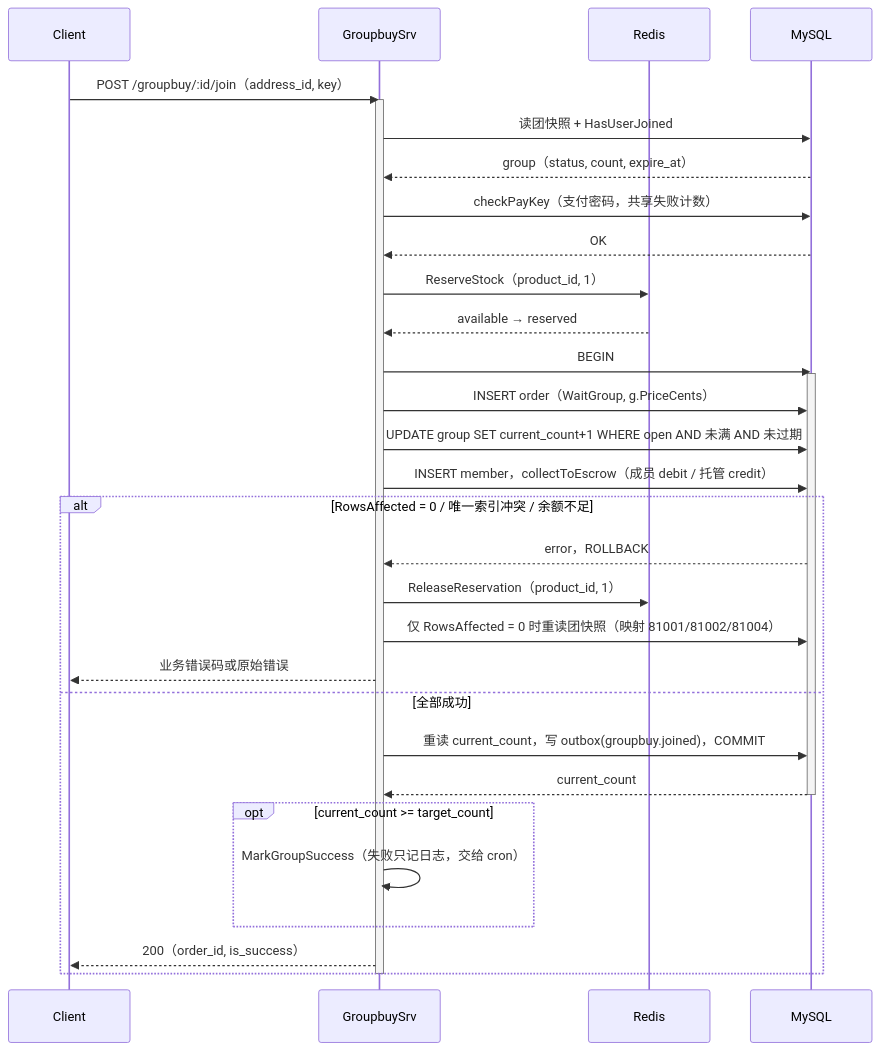
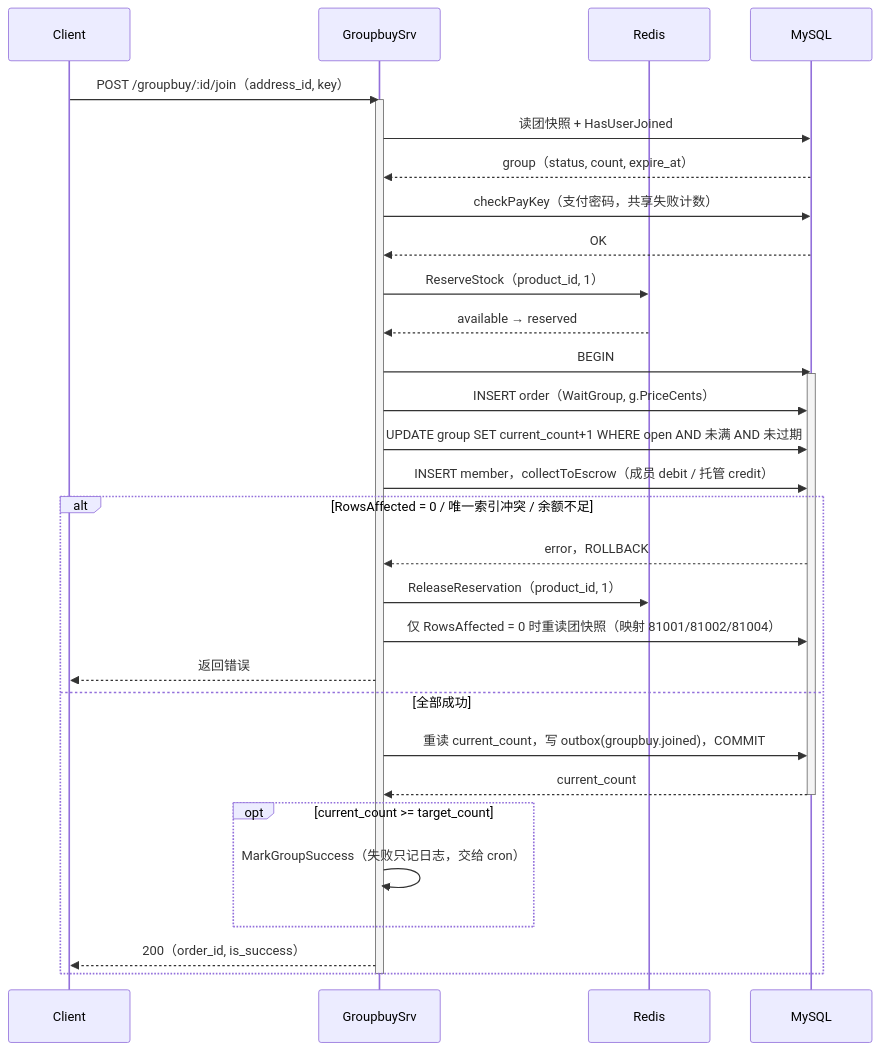
The second of 3 diagrams in docs/lecture/17-groupbuy.md (RedInn7/gomall), drawn with Mermaid before and after one commit. The commit also changed other lines of this file and 3 other files, not shown here.

````diff
--- a/docs/lecture/17-groupbuy.md
+++ b/docs/lecture/17-groupbuy.md
@@ -256,36 +263,36 @@
 ```mermaid
 sequenceDiagram
     participant Client as Client
     participant Svc as GroupbuySrv
     participant Redis as Redis
     participant DB as MySQL
 
     Client->>Svc: POST /groupbuy/:id/join（address_id, key）
     activate Svc
     Svc->>DB: 读团快照 + HasUserJoined
     DB-->>Svc: group（status, count, expire_at）
     Svc->>DB: checkPayKey（支付密码，共享失败计数）
     DB-->>Svc: OK
     Svc->>Redis: ReserveStock（product_id, 1）
     Redis-->>Svc: available → reserved
     Svc->>DB: BEGIN
     activate DB
     Svc->>DB: INSERT order（WaitGroup, g.PriceCents）
     Svc->>DB: UPDATE group SET current_count+1 WHERE open AND 未满 AND 未过期
     Svc->>DB: INSERT member，collectToEscrow（成员 debit / 托管 credit）
     alt RowsAffected = 0 / 唯一索引冲突 / 余额不足
         DB-->>Svc: error，ROLLBACK
         Svc->>Redis: ReleaseReservation（product_id, 1）
         Svc->>DB: 仅 RowsAffected = 0 时重读团快照（映射 81001/81002/81004）
-        Svc-->>Client: 业务错误码或原始错误
+        Svc-->>Client: 返回错误
     else 全部成功
         Svc->>DB: 重读 current_count，写 outbox(groupbuy.joined)，COMMIT
         DB-->>Svc: current_count
         deactivate DB
         opt current_count >= target_count
             Svc->>Svc: MarkGroupSuccess（失败只记日志，交给 cron）
         end
         Svc-->>Client: 200（order_id, is_success）
     end
     deactivate Svc
 ```
````
